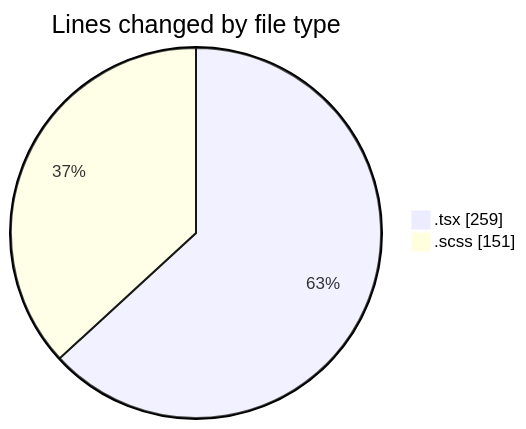
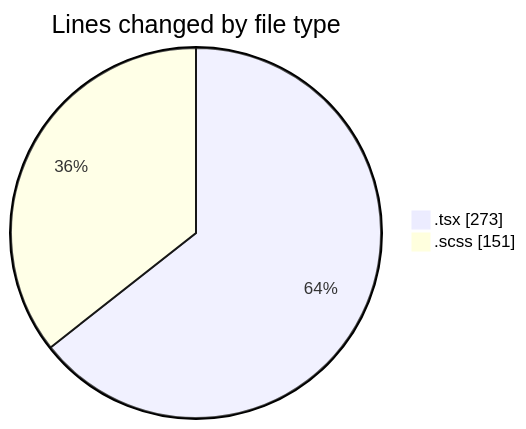
Before and after one commit to momahboobian/code-tracking: the first of 2 diagrams in 2026-04-16/cda/README.md, drawn with Mermaid. The commit also changed other lines of this file and 1 other file, not shown here.

````diff
--- a/2026-04-16/cda/README.md
+++ b/2026-04-16/cda/README.md
@@ -22,6 +22,6 @@
 ```mermaid
 pie showData
 title Lines changed by file type
-".tsx" : 259
+".tsx" : 273
 ".scss" : 151
 ```
````
